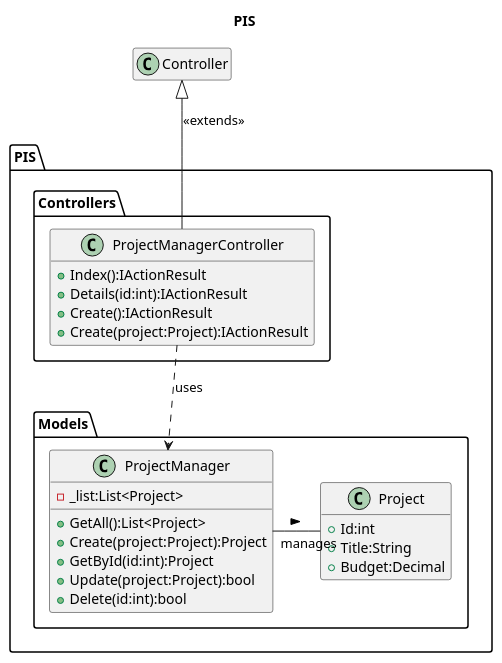
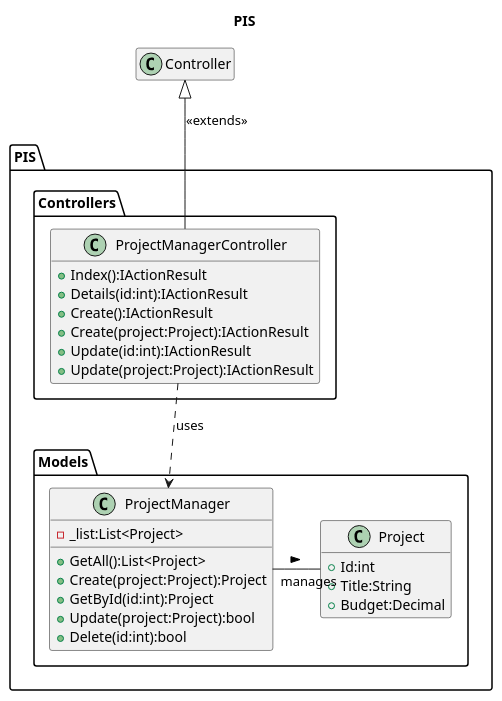
One commit to zcomert/project-information-system changed the diagram in UMLs/PIS.wsd. Above: the diagram before and after it, drawn with PlantUML. The commit also changed 4 other files, not shown here.

```diff
--- a/UMLs/PIS.wsd
+++ b/UMLs/PIS.wsd
@@ -1,44 +1,46 @@
 @startuml
 title PIS
 
 package PIS.Models
 {
     class Project
     {
         +Id:int
         +Title:String
         +Budget:Decimal
     }
 
     class ProjectManager
     {
         -_list:List<Project>
         
         +GetAll():List<Project>
         +Create(project:Project):Project
         +GetById(id:int):Project
         +Update(project:Project):bool
         +Delete(id:int):bool
     }
 }
 
 package PIS.Controllers 
 {
     class ProjectManagerController{
         +Index():IActionResult
         +Details(id:int):IActionResult
         +Create():IActionResult
         +Create(project:Project):IActionResult
+        +Update(id:int):IActionResult
+        +Update(project:Project):IActionResult
     }
 }
 
 class Controller{}
 
 ProjectManager - Project : > "manages"
 ProjectManagerController -up-|> Controller : "<<extends>>"
 ProjectManagerController ..> ProjectManager : "uses"
 
 
 
 hide empty members
 @enduml
```
